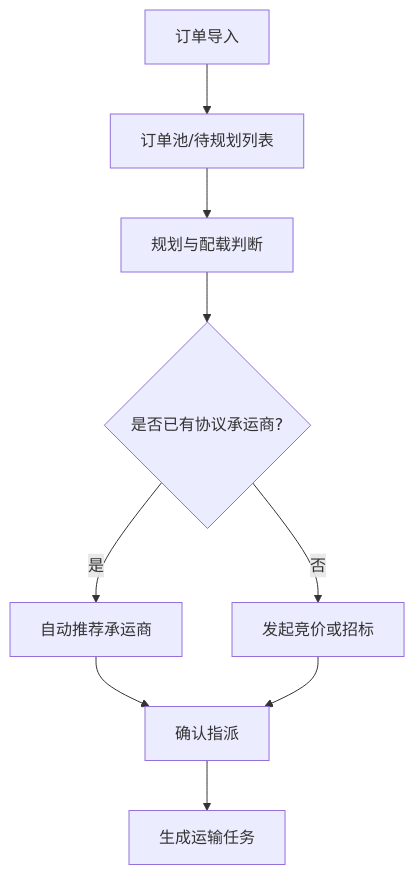
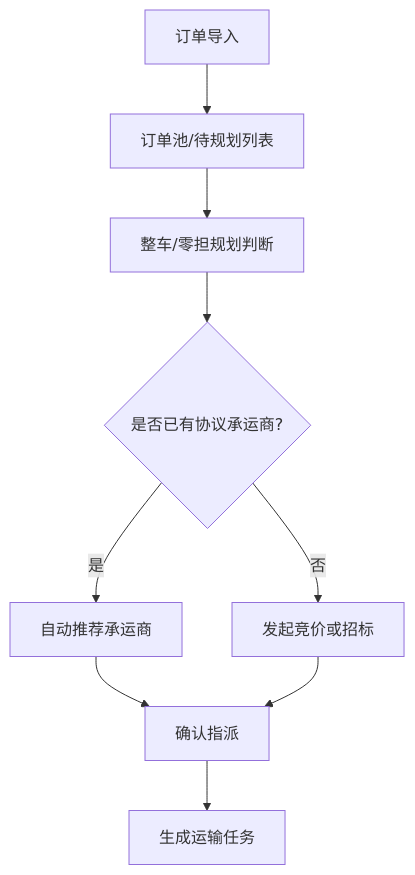
Before and after one commit to husinglemon-art/TMS_Shipper: the diagram in 02_Iteration_Workspace/v1.0/02_Competitor_Research.md, drawn with Mermaid. The commit also changed other lines of this file and 16 other files, not shown here.

````diff
--- a/02_Iteration_Workspace/v1.0/02_Competitor_Research.md
+++ b/02_Iteration_Workspace/v1.0/02_Competitor_Research.md
@@ -20,11 +20,11 @@
 ```mermaid
 graph TD
     A[订单导入] --> B[订单池/待规划列表]
-    B --> C[规划与配载判断]
+    B --> C[整车/零担规划判断]
     C --> D{是否已有协议承运商?}
     D -->|是| E[自动推荐承运商]
     D -->|否| F[发起竞价或招标]
     E --> G[确认指派]
     F --> G
     G --> H[生成运输任务]
 ```
````
